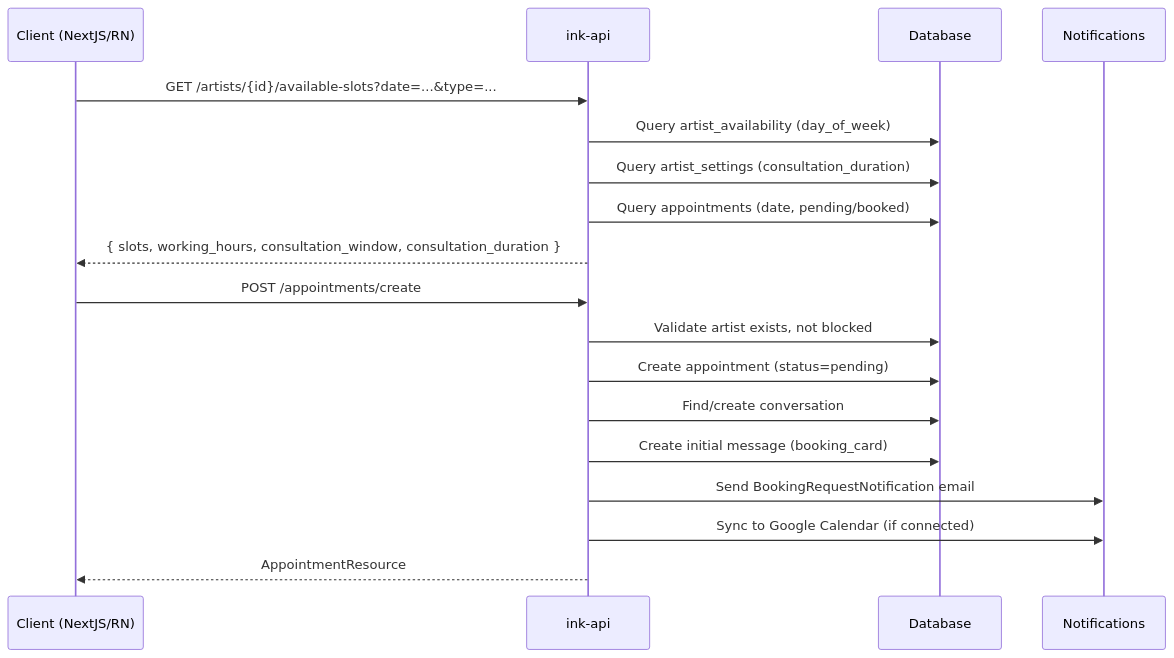
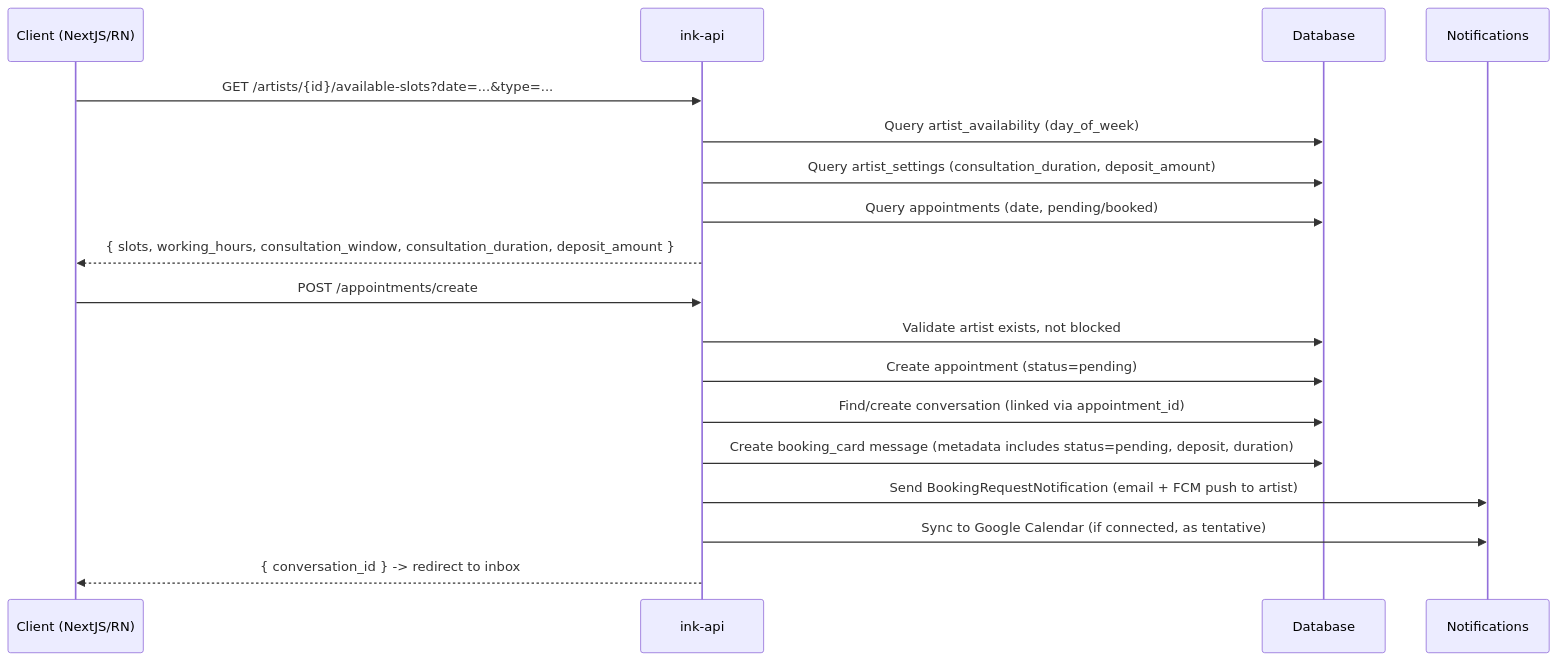
The first of 3 diagrams in docs/flows/booking-flow.md (Ink-Empire/ink-api), drawn with Mermaid before and after one commit. The commit also changed other lines of this file and 3 other files, not shown here.

````diff
--- a/docs/flows/booking-flow.md
+++ b/docs/flows/booking-flow.md
@@ -5,22 +29,22 @@
 ```mermaid
 sequenceDiagram
     participant C as Client (NextJS/RN)
     participant API as ink-api
     participant DB as Database
     participant N as Notifications
 
     C->>API: GET /artists/{id}/available-slots?date=...&type=...
     API->>DB: Query artist_availability (day_of_week)
-    API->>DB: Query artist_settings (consultation_duration)
+    API->>DB: Query artist_settings (consultation_duration, deposit_amount)
     API->>DB: Query appointments (date, pending/booked)
-    API-->>C: { slots, working_hours, consultation_window, consultation_duration }
+    API-->>C: { slots, working_hours, consultation_window, consultation_duration, deposit_amount }
 
     C->>API: POST /appointments/create
     API->>DB: Validate artist exists, not blocked
     API->>DB: Create appointment (status=pending)
-    API->>DB: Find/create conversation
-    API->>DB: Create initial message (booking_card)
-    API->>N: Send BookingRequestNotification email
-    API->>N: Sync to Google Calendar (if connected)
-    API-->>C: AppointmentResource
+    API->>DB: Find/create conversation (linked via appointment_id)
+    API->>DB: Create booking_card message (metadata includes status=pending, deposit, duration)
+    API->>N: Send BookingRequestNotification (email + FCM push to artist)
+    API->>N: Sync to Google Calendar (if connected, as tentative)
+    API-->>C: { conversation_id } -> redirect to inbox
 ```
````
